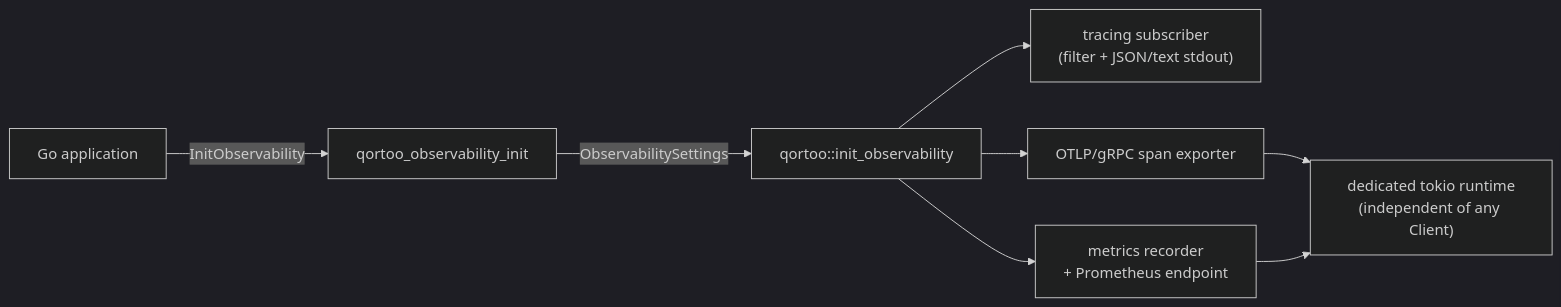
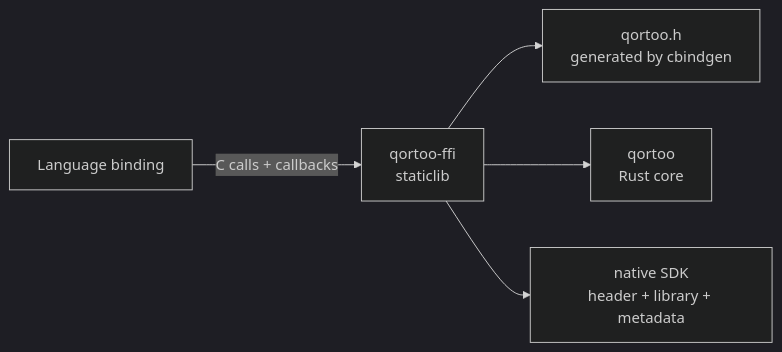
Before and after one commit to qortoo/qortoo-rs: the diagram in docs/go-binding.md, drawn with Mermaid (dark theme). The commit also changed other lines of this file and 30 other files, not shown here.

````diff
--- a/docs/go-binding.md
+++ b/docs/go-binding.md
@@ -166,9 +10,7 @@
 ```mermaid
 graph LR
-  App["Go application"] -->|InitObservability| Init["qortoo_observability_init"]
-  Init -->|"ObservabilitySettings"| Core["qortoo::init_observability"]
-  Core --> Sub["tracing subscriber<br/>(filter + JSON/text stdout)"]
-  Core --> Otel["OTLP/gRPC span exporter"]
-  Core --> Met["metrics recorder<br/>+ Prometheus endpoint"]
-  Otel & Met --> RT["dedicated tokio runtime<br/>(independent of any Client)"]
+  Binding["Language binding"] -->|"C calls + callbacks"| FFI["qortoo-ffi<br/>staticlib"]
+  FFI --> Header["qortoo.h<br/>generated by cbindgen"]
+  FFI --> Core["qortoo<br/>Rust core"]
+  FFI --> SDK["native SDK<br/>header + library + metadata"]
 ```
````
